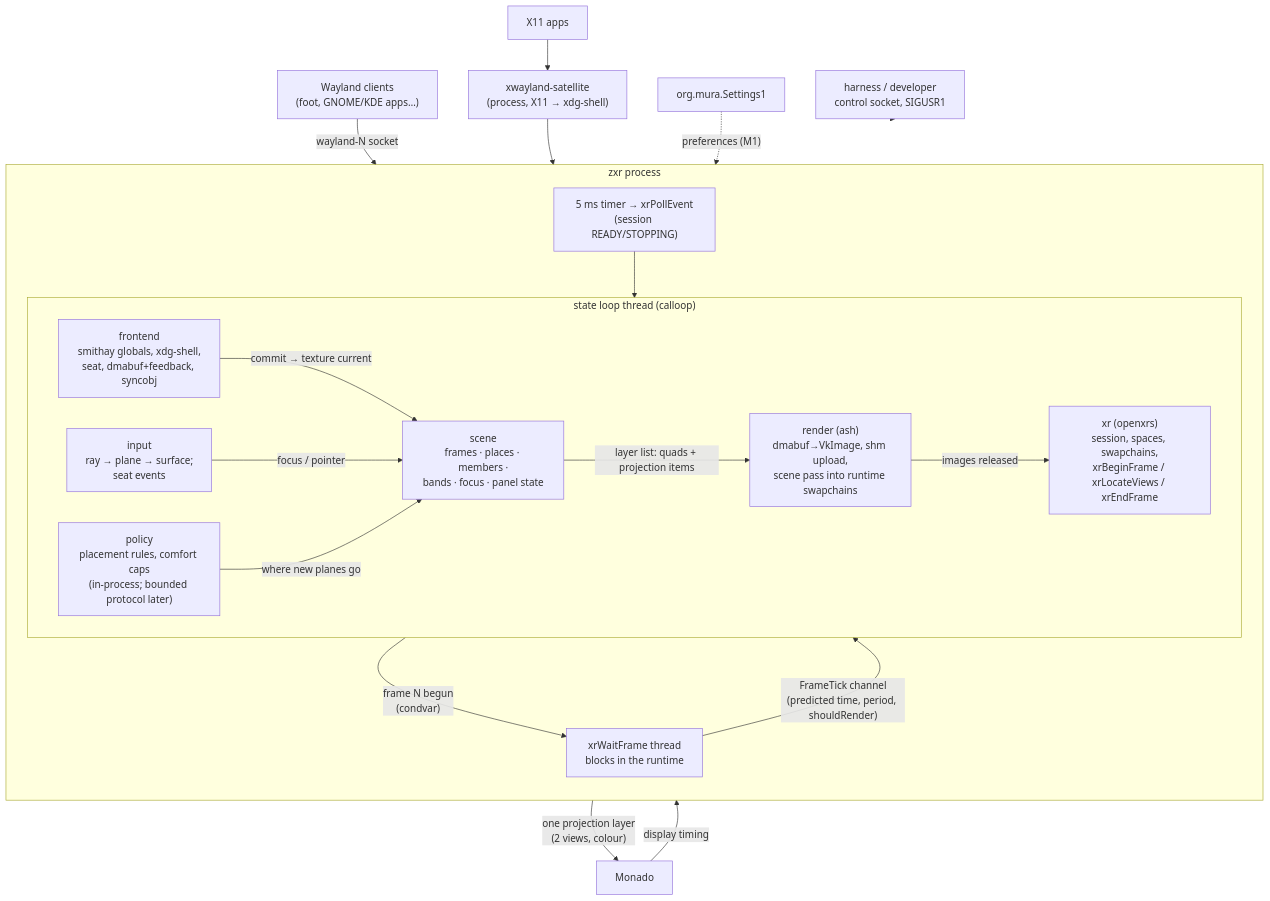
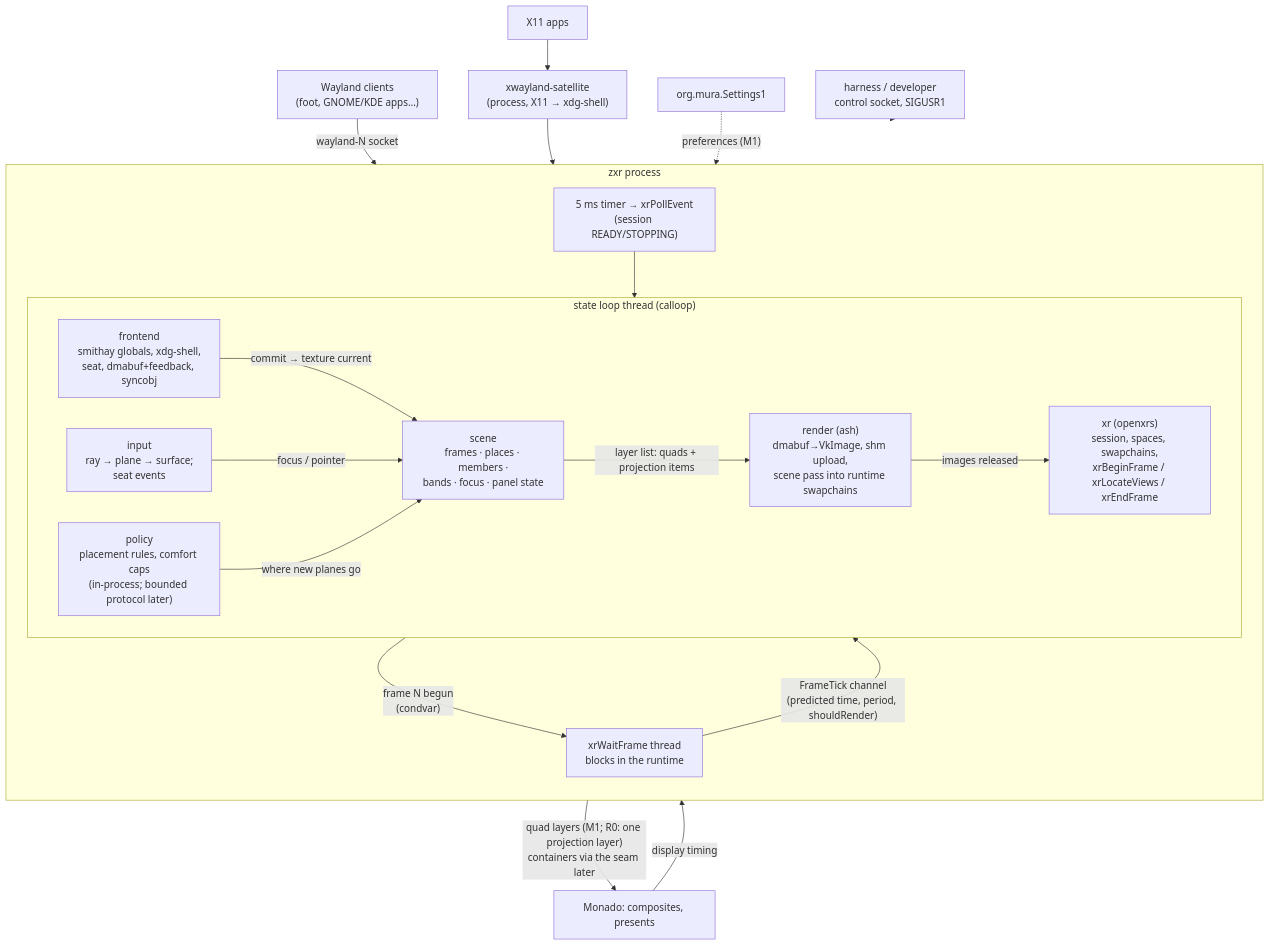
One commit to mura-os/mura changed the first of 2 diagrams in docs/architecture/zxr-architecture.md. Above: the diagram before and after it, drawn with Mermaid. The commit also changed other lines of this file and 45 other files, not shown here.

````diff
--- a/docs/architecture/zxr-architecture.md
+++ b/docs/architecture/zxr-architecture.md
@@ -33,31 +33,31 @@
 ```mermaid
 flowchart TB
     subgraph proc["zxr process"]
         direction TB
         subgraph loopT["state loop thread (calloop)"]
             direction LR
             frontend["frontend<br/>smithay globals, xdg-shell,<br/>seat, dmabuf+feedback, syncobj"]
             scene["scene<br/>frames · places · members ·<br/>bands · focus · panel state"]
             input["input<br/>ray → plane → surface;<br/>seat events"]
             policy["policy<br/>placement rules, comfort caps<br/>(in-process; bounded protocol later)"]
             render["render (ash)<br/>dmabuf→VkImage, shm upload,<br/>scene pass into runtime swapchains"]
             xr["xr (openxrs)<br/>session, spaces, swapchains,<br/>xrBeginFrame / xrLocateViews / xrEndFrame"]
             frontend -- "commit → texture current" --> scene
             input -- "focus / pointer" --> scene
             policy -- "where new planes go" --> scene
             scene -- "layer list: quads + projection items" --> render
             render -- "images released" --> xr
         end
         wait["xrWaitFrame thread<br/>blocks in the runtime"]
         wait -- "FrameTick channel<br/>(predicted time, period, shouldRender)" --> loopT
         loopT -- "frame N begun<br/>(condvar)" --> wait
         timer["5 ms timer → xrPollEvent<br/>(session READY/STOPPING)"] --> xr
     end
     clients["Wayland clients<br/>(foot, GNOME/KDE apps…)"] -- "wayland-N socket" --> frontend
     sat["xwayland-satellite<br/>(process, X11 → xdg-shell)"] --> frontend
     x11["X11 apps"] --> sat
     ctl["harness / developer<br/>control socket, SIGUSR1"] --> loopT
-    xr -- "one projection layer<br/>(2 views, colour)" --> monado["Monado"]
+    xr -- "quad layers (M1; R0: one projection layer)<br/>containers via the seam later" --> monado["Monado: composites, presents"]
     monado -- "display timing" --> wait
     settings["org.mura.Settings1"] -. "preferences (M1)" .-> policy
 ```
````
